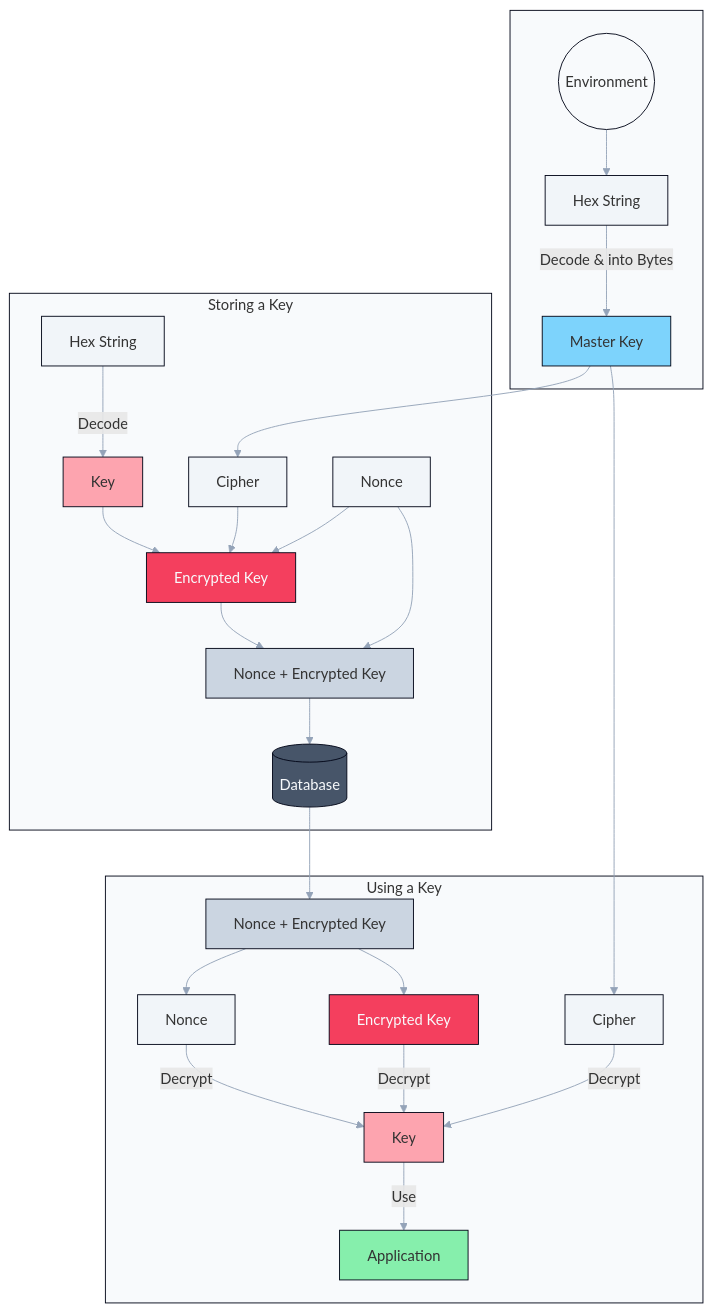
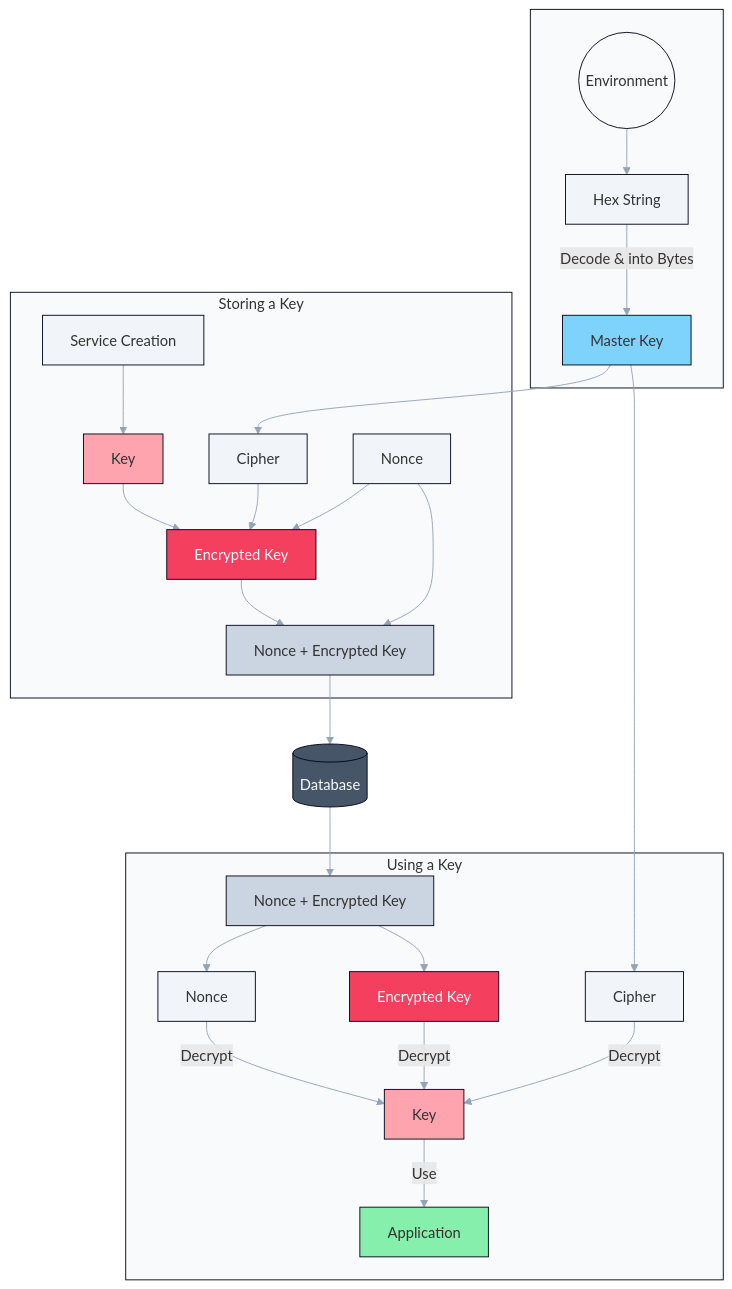
One commit to mist-id/mist changed the diagram in docs/development/overview/service-keys.mdx. Above: the diagram before and after it, drawn with Mermaid. The commit also changed other lines of this file and 8 other files, not shown here.

````diff
--- a/docs/development/overview/service-keys.mdx
+++ b/docs/development/overview/service-keys.mdx
@@ -8,54 +8,53 @@
 ```mermaid
 %%{
   init: {
     'themeVariables': {
       'lineColor': '#94a3b8'
     }
   }
 }%%
 
 graph TD
-  Database[(Database)]
-
   subgraph master[" "]
     Environment((Environment)) --> MasterHex
     MasterHex[Hex String] -->|Decode & into Bytes| MasterBytes[Master Key]
   end
 
   subgraph storing[Storing a Key]
-    SKeyHex[Hex String] -->|Decode| SKey[Key]
+    SServiceCreation[Service Creation] --> SKey[Key]
     MasterBytes --> SCipher[Cipher]
     SNonce[Nonce]
-    SCipher & SNonce & SKey --> SKeyEncrypted[Encrypted Key]
+    SCipher & SNonce & SKey[Key] --> SKeyEncrypted[Encrypted Key]
     SNonce & SKeyEncrypted --> SCombined[Nonce + Encrypted Key]
-    SCombined --> Database
   end
 
+  SCombined --> Database[(Database)]
+  Database --> UCombined[Nonce + Encrypted Key]
+
   subgraph using[Using a Key]
-    Database --> UCombined[Nonce + Encrypted Key]
     UCombined --> UNonce[Nonce]
     UCombined --> UKeyEncrypted[Encrypted Key]
     MasterBytes --> UCipher[Cipher]
     UCipher & UNonce & UKeyEncrypted -->|Decrypt| UKey[Key]
     UKey -->|Use| Application
   end
 
   classDef group fill:#f8fafc,stroke:#020617;
   classDef node fill:#f1f5f9,stroke:#020617;
   classDef environment fill:#f8fafc,stroke:#020617;
   classDef masterKey fill:#7dd3fc,stroke:#020617;
   classDef encryptedKey fill:#f43f5e,stroke:#020617,color:#f8fafc;
   classDef decryptedKey fill:#fda4af,stroke:#020617;
   classDef combined fill:#cbd5e1,stroke:#020617;
   classDef database fill:#475569,stroke:#020617,color:#f8fafc;
   classDef application fill:#86efac,stroke:#020617;
 
   class master,storing,using group;
   class Environment environment;
   class Database database;
   class MasterBytes masterKey;
   class SKeyEncrypted,UKeyEncrypted encryptedKey;
   class SKey,UKey decryptedKey;
   class SCombined,UCombined combined;
   class Application application;
 ```
````
